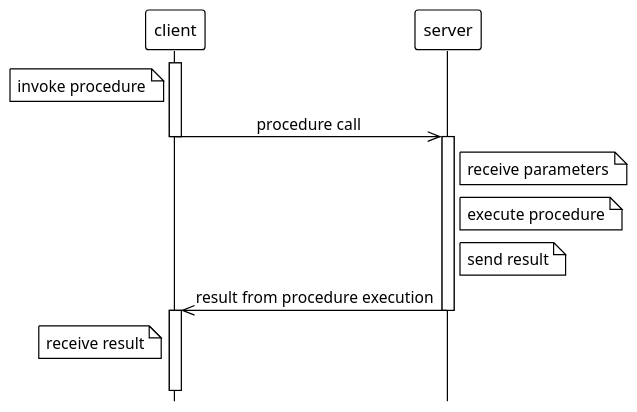
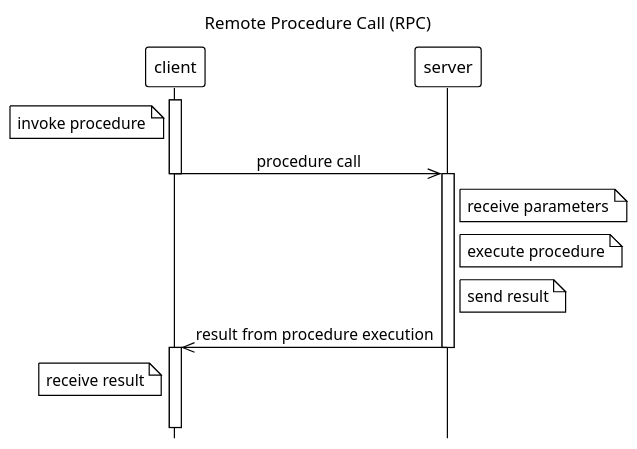
One commit to c0p4c4b4n4/grpc-grpc-java changed the diagram in images/RPC.puml. Above: the diagram before and after it, drawn with PlantUML. The commit also changed 4 other files, not shown here.

```diff
--- a/images/RPC.puml
+++ b/images/RPC.puml
@@ -1,25 +1,28 @@
 @startuml
 !theme mono
 scale 1.2
 hide footbox
+title Remote Procedure Call (RPC)
 skinparam TitleFontStyle plain
+skinparam TitleFontSize 14
 skinparam sequenceMessageAlign center
 
 activate client
 note left of client: invoke procedure
 client ->> server : procedure call
 deactivate client
 activate server
 
 note right of server: receive parameters
 note right of server: execute procedure
 note right of server: send result
 
 server ->> client : result from procedure execution
 deactivate server
 activate client
 note left of client: receive result
 
 ||20||
+'client -[#white]->]
 
 @enduml
```
